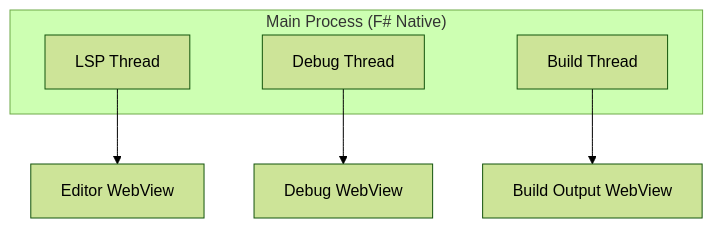
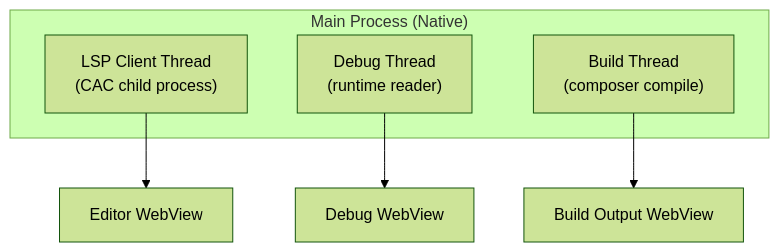
The fourth of 4 diagrams in docs/00_architecture.md (FidelityFramework/Atelier), drawn with Mermaid (forest theme) before and after one commit. The commit also changed other lines of this file and 23 other files, not shown here.

````diff
--- a/docs/00_architecture.md
+++ b/docs/00_architecture.md
@@ -196,16 +197,16 @@
 ```mermaid
 flowchart TB
-    subgraph main["Main Process (F# Native)"]
-        lsp["LSP Thread"]
-        debug["Debug Thread"]
-        build["Build Thread"]
+    subgraph main["Main Process (Native)"]
+        lsp["LSP Client Thread<br/>(CAC child process)"]
+        debug["Debug Thread<br/>(runtime reader)"]
+        build["Build Thread<br/>(composer compile)"]
     end
 
     editor["Editor WebView"]
     debugwv["Debug WebView"]
     buildwv["Build Output WebView"]
 
     lsp --> editor
     debug --> debugwv
     build --> buildwv
 ```
````
